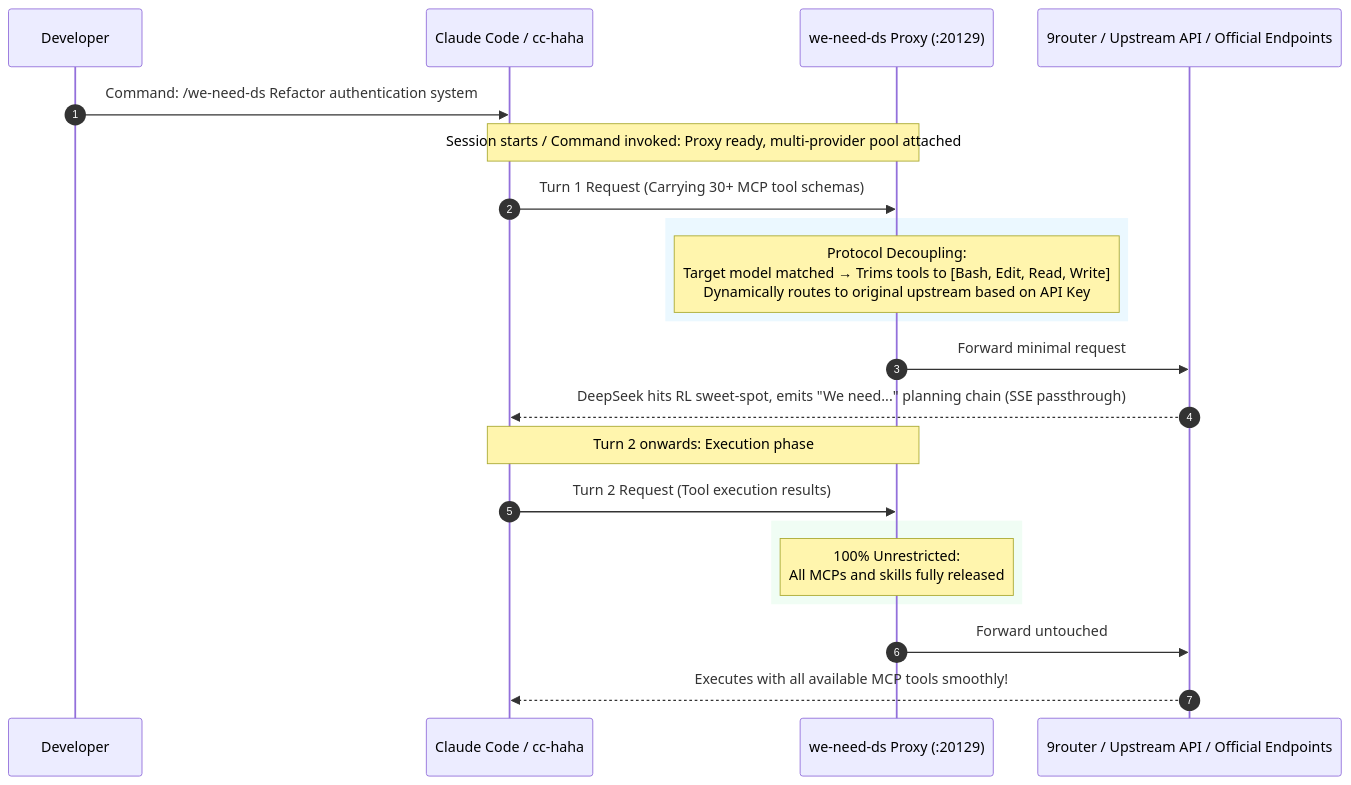
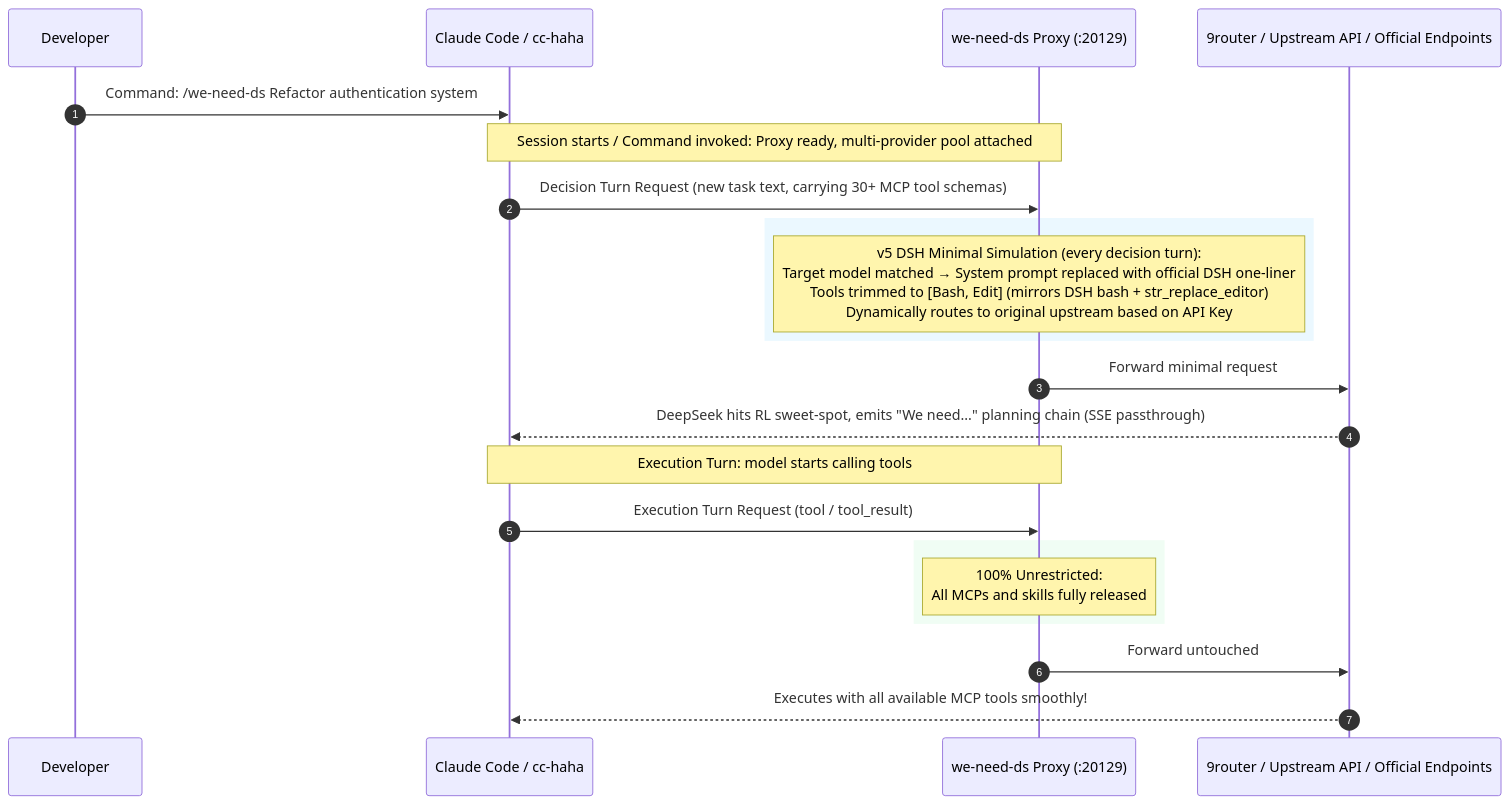
One commit to YixuAnsensei/we-need-ds changed the diagram in README_EN.md. Above: the diagram before and after it, drawn with Mermaid. The commit also changed other lines of this file and 7 other files, not shown here.

Commit message:
feat: v5 turn-aware DSH minimal simulation — every decision turn gets official DSH one-line prompt + Bash/Edit pair, execution turns full tools; arm window state machine retired

````diff
--- a/README_EN.md
+++ b/README_EN.md
@@ -36,29 +36,29 @@
 ```mermaid
 sequenceDiagram
     autonumber
     participant User as Developer
     participant CC as Claude Code / cc-haha
     participant Proxy as we-need-ds Proxy (:20129)
     participant Router as 9router / Upstream API / Official Endpoints
 
     User->>CC: Command: /we-need-ds Refactor authentication system
     Note over CC,Proxy: Session starts / Command invoked: Proxy ready, multi-provider pool attached
-    CC->>Proxy: Turn 1 Request (Carrying 30+ MCP tool schemas)
+    CC->>Proxy: Decision Turn Request (new task text, carrying 30+ MCP tool schemas)
     
     rect rgb(235, 248, 255)
-    Note over Proxy: Protocol Decoupling:<br/>Target model matched → Trims tools to [Bash, Edit, Read, Write]<br/>Dynamically routes to original upstream based on API Key
+    Note over Proxy: v5 DSH Minimal Simulation (every decision turn):<br/>Target model matched → System prompt replaced with official DSH one-liner<br/>Tools trimmed to [Bash, Edit] (mirrors DSH bash + str_replace_editor)<br/>Dynamically routes to original upstream based on API Key
     end
     
     Proxy->>Router: Forward minimal request
     Router-->>CC: DeepSeek hits RL sweet-spot, emits "We need..." planning chain (SSE passthrough)
     
-    Note over CC,Proxy: Turn 2 onwards: Execution phase
-    CC->>Proxy: Turn 2 Request (Tool execution results)
+    Note over CC,Proxy: Execution Turn: model starts calling tools
+    CC->>Proxy: Execution Turn Request (tool / tool_result)
     
     rect rgb(240, 253, 244)
     Note over Proxy: 100% Unrestricted:<br/>All MCPs and skills fully released
     end
     
     Proxy->>Router: Forward untouched
     Router-->>CC: Executes with all available MCP tools smoothly!
 ```
````
